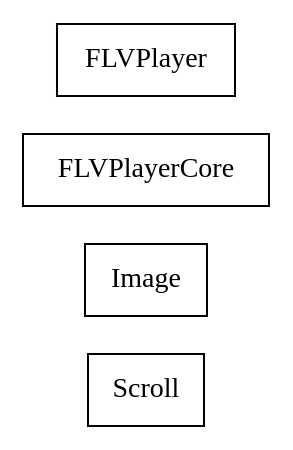
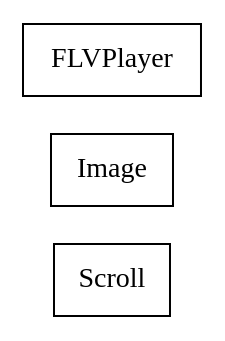
Before and after one commit to sekati/sasapi: the diagram in docs/com/sekati/ui/classes.dot, drawn with Graphviz. The commit also changed 64 other files, not shown here.

```diff
--- a/docs/com/sekati/ui/classes.dot
+++ b/docs/com/sekati/ui/classes.dot
@@ -1,27 +1,21 @@
 strict digraph class_diagram {
   rankdir=LR;
   TypeScroll[
     label="Scroll",
     URL="Scroll.html",
     tooltip="com.sekati.ui.Scroll",
     shape="record"
   ];
   TypeImage[
     label="Image",
     URL="Image.html",
     tooltip="com.sekati.ui.Image",
     shape="record"
   ];
-  TypeFLVPlayerCore[
-    label="FLVPlayerCore",
-    URL="FLVPlayerCore.html",
-    tooltip="com.sekati.ui.FLVPlayerCore",
-    shape="record"
-  ];
   TypeFLVPlayer[
     label="FLVPlayer",
     URL="FLVPlayer.html",
     tooltip="com.sekati.ui.FLVPlayer",
     shape="record"
   ];
 }
```
